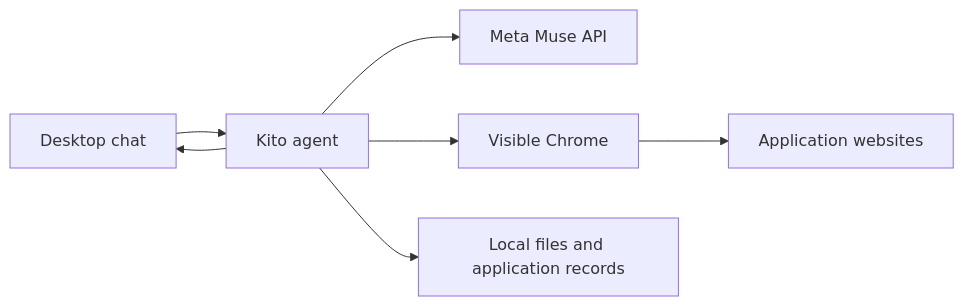
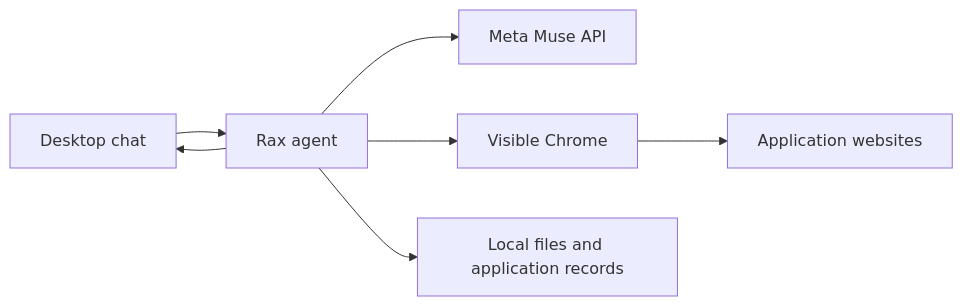
One commit to davytheprogrammer/rax-application-agent changed the diagram in README.md. Above: the diagram before and after it, drawn with Mermaid. The commit also changed other lines of this file and 6 other files, not shown here.

Commit message:
docs: publish Rax identity and refreshed desktop screenshots

````diff
--- a/README.md
+++ b/README.md
@@ -27,9 +27,9 @@
 ```mermaid
 flowchart LR
-  U[Desktop chat] --> A[Kito agent]
+  U[Desktop chat] --> A[Rax agent]
   A --> M[Meta Muse API]
   A --> C[Visible Chrome]
   A --> F[Local files and application records]
   C --> S[Application websites]
   A --> U
 ```
````
